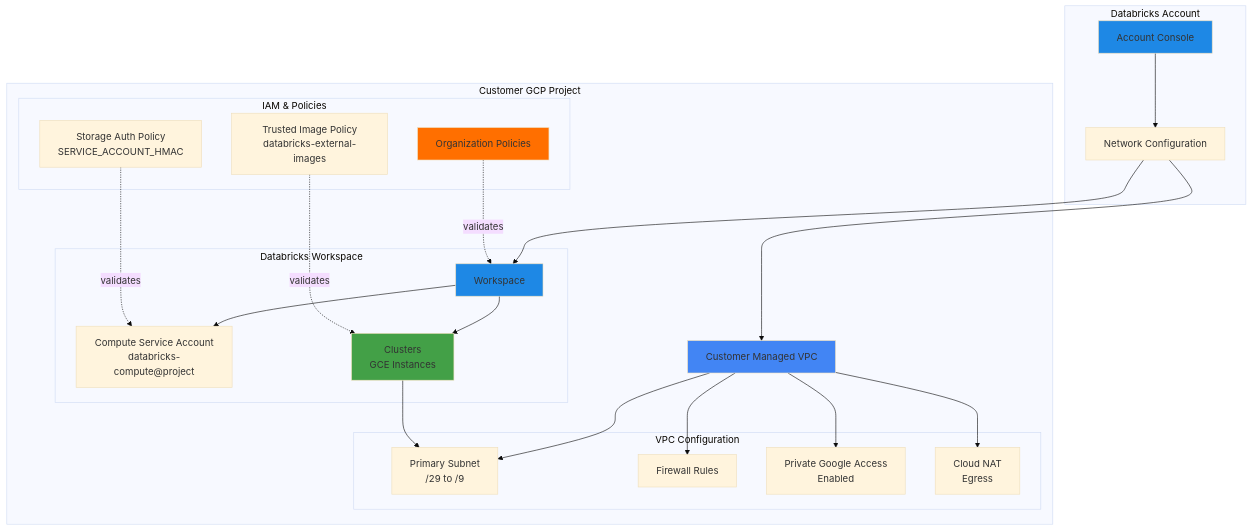
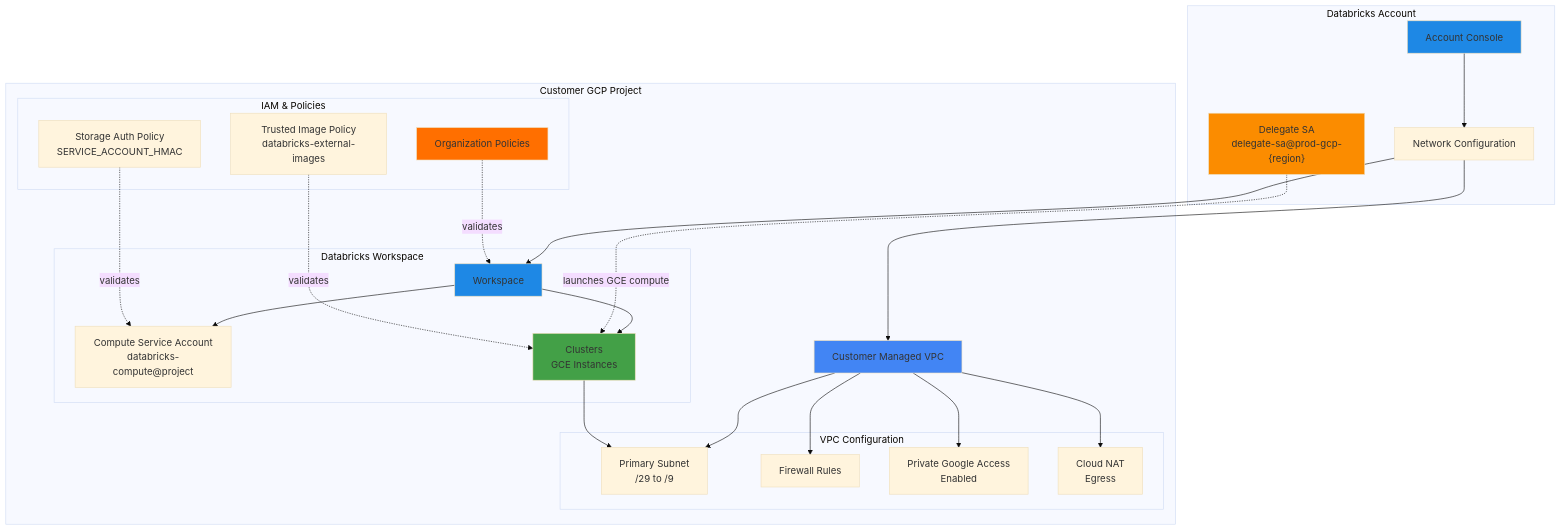
Before and after one commit to bhavink/databricks: the first of 5 diagrams in gcpdb4u/Workspace-Provisioning.md, drawn with Mermaid (base theme). The commit also changed other lines of this file and 3 other files, not shown here.

First line of the commit message:
docs(gcpdb4u): document delegate-sa and databricks-compute identities

````diff
--- a/gcpdb4u/Workspace-Provisioning.md
+++ b/gcpdb4u/Workspace-Provisioning.md
@@ -8,52 +8,56 @@
 ```mermaid
 graph TB
     subgraph "Databricks Account"
         ACCT[Account Console]
         NC[Network Configuration]
+        DELSA["Delegate SA<br/>delegate-sa@prod-gcp-{region}"]
     end
 
     subgraph "Customer GCP Project"
         VPC[Customer Managed VPC]
 
         subgraph "VPC Configuration"
             SUBNET[Primary Subnet<br/>/29 to /9]
             FW[Firewall Rules]
             PGA[Private Google Access<br/>Enabled]
             NAT[Cloud NAT<br/>Egress]
         end
 
         subgraph "Databricks Workspace"
             WS[Workspace]
             SA[Compute Service Account<br/>databricks-compute@project]
             CLUSTER[Clusters<br/>GCE Instances]
         end
 
         subgraph "IAM & Policies"
             ORGPOL[Organization Policies]
             IMGPOL[Trusted Image Policy<br/>databricks-external-images]
             AUTHPOL[Storage Auth Policy<br/>SERVICE_ACCOUNT_HMAC]
         end
     end
 
     ACCT --> NC
     NC --> VPC
     VPC --> SUBNET
     VPC --> FW
     VPC --> PGA
     VPC --> NAT
 
     NC --> WS
     WS --> SA
     WS --> CLUSTER
     CLUSTER --> SUBNET
 
+    DELSA -.launches GCE compute.-> CLUSTER
+
     ORGPOL -.validates.-> WS
     IMGPOL -.validates.-> CLUSTER
     AUTHPOL -.validates.-> SA
 
     style ACCT fill:#1E88E5
     style VPC fill:#4285F4
     style WS fill:#1E88E5
     style CLUSTER fill:#43A047
     style ORGPOL fill:#FF6F00
+    style DELSA fill:#FB8C00
 ```
````
